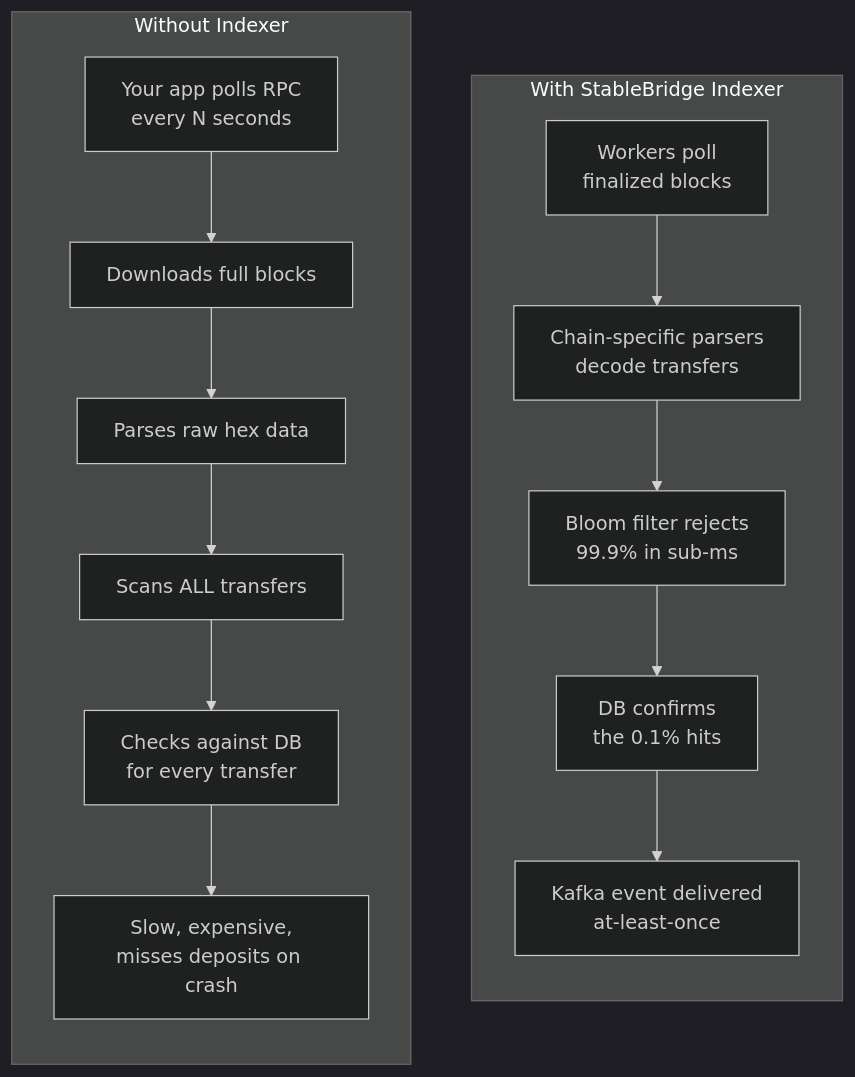
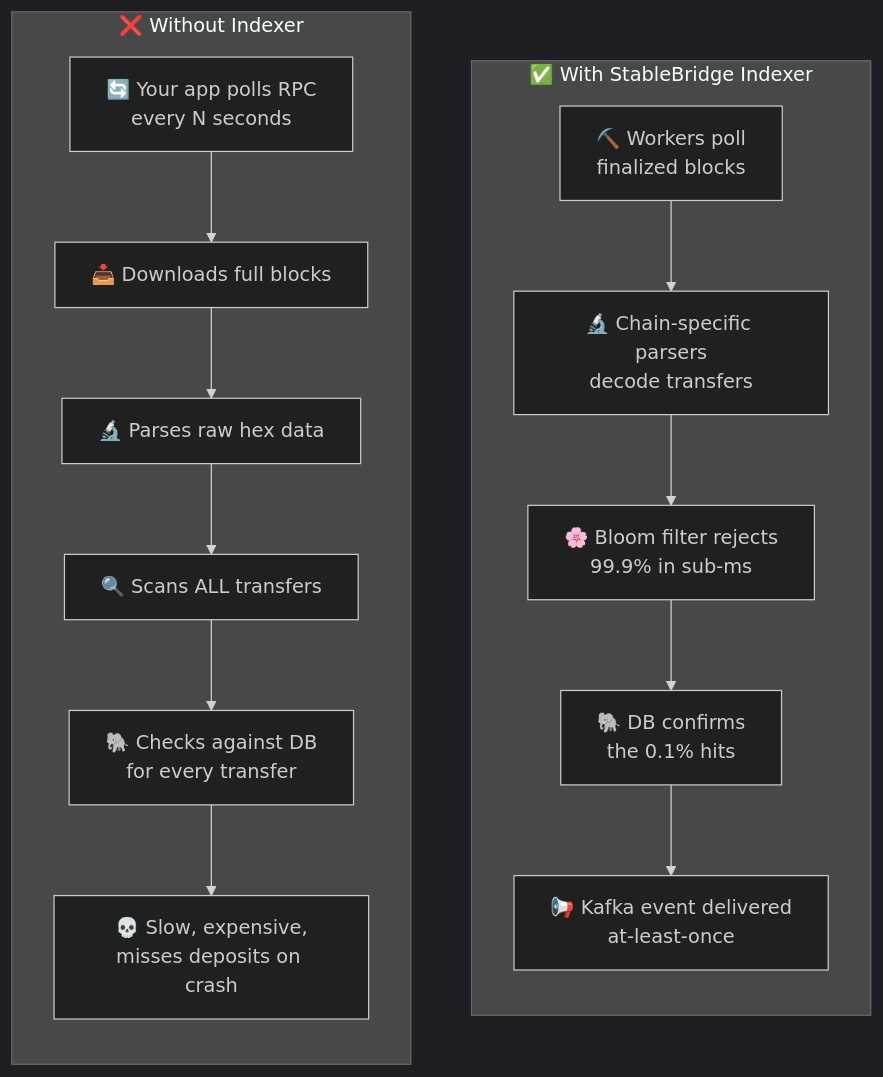
One commit to Puneethkumarck/stablebridge-indexer changed the first of 9 diagrams in README.md. Above: the diagram before and after it, drawn with Mermaid (dark theme). The commit also changed other lines of this file, not shown here.

First line of the commit message:
SBI-49: apply visual storytelling across all README theoretical sections (#132)

````diff
--- a/README.md
+++ b/README.md
@@ -73,21 +81,21 @@
 ```mermaid
 flowchart LR
-    subgraph Without["Without Indexer"]
+    subgraph Without["❌ Without Indexer"]
         direction TB
-        A1["Your app polls RPC<br/>every N seconds"] --> A2["Downloads full blocks"]
-        A2 --> A3["Parses raw hex data"]
-        A3 --> A4["Scans ALL transfers"]
-        A4 --> A5["Checks against DB<br/>for every transfer"]
-        A5 --> A6["Slow, expensive,<br/>misses deposits on crash"]
+        A1["🔄 Your app polls RPC<br/>every N seconds"] --> A2["📥 Downloads full blocks"]
+        A2 --> A3["🔬 Parses raw hex data"]
+        A3 --> A4["🔍 Scans ALL transfers"]
+        A4 --> A5["🐘 Checks against DB<br/>for every transfer"]
+        A5 --> A6["💀 Slow, expensive,<br/>misses deposits on crash"]
     end
 
-    subgraph With["With StableBridge Indexer"]
+    subgraph With["✅ With StableBridge Indexer"]
         direction TB
-        B1["Workers poll<br/>finalized blocks"] --> B2["Chain-specific parsers<br/>decode transfers"]
-        B2 --> B3["Bloom filter rejects<br/>99.9% in sub-ms"]
-        B3 --> B4["DB confirms<br/>the 0.1% hits"]
-        B4 --> B5["Kafka event delivered<br/>at-least-once"]
+        B1["⛏️ Workers poll<br/>finalized blocks"] --> B2["🔬 Chain-specific parsers<br/>decode transfers"]
+        B2 --> B3["🌸 Bloom filter rejects<br/>99.9% in sub-ms"]
+        B3 --> B4["🐘 DB confirms<br/>the 0.1% hits"]
+        B4 --> B5["📢 Kafka event delivered<br/>at-least-once"]
     end
 
     Without ~~~ With
 ```
````
